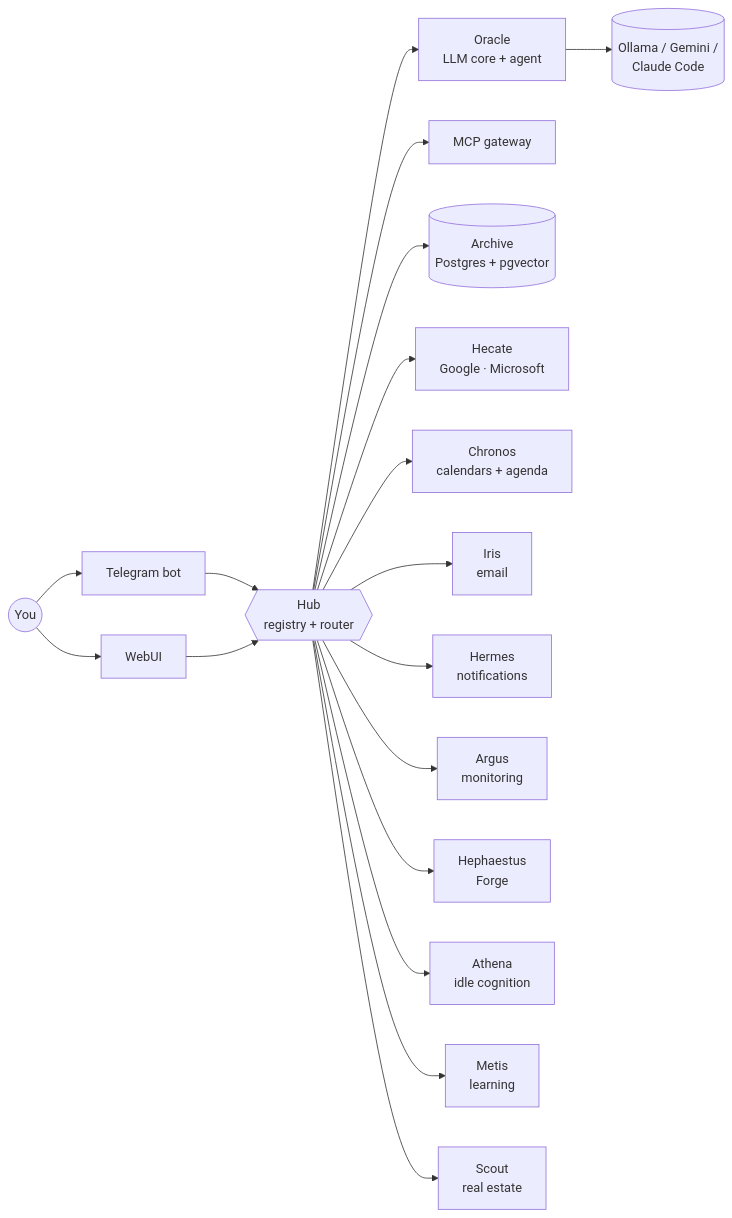
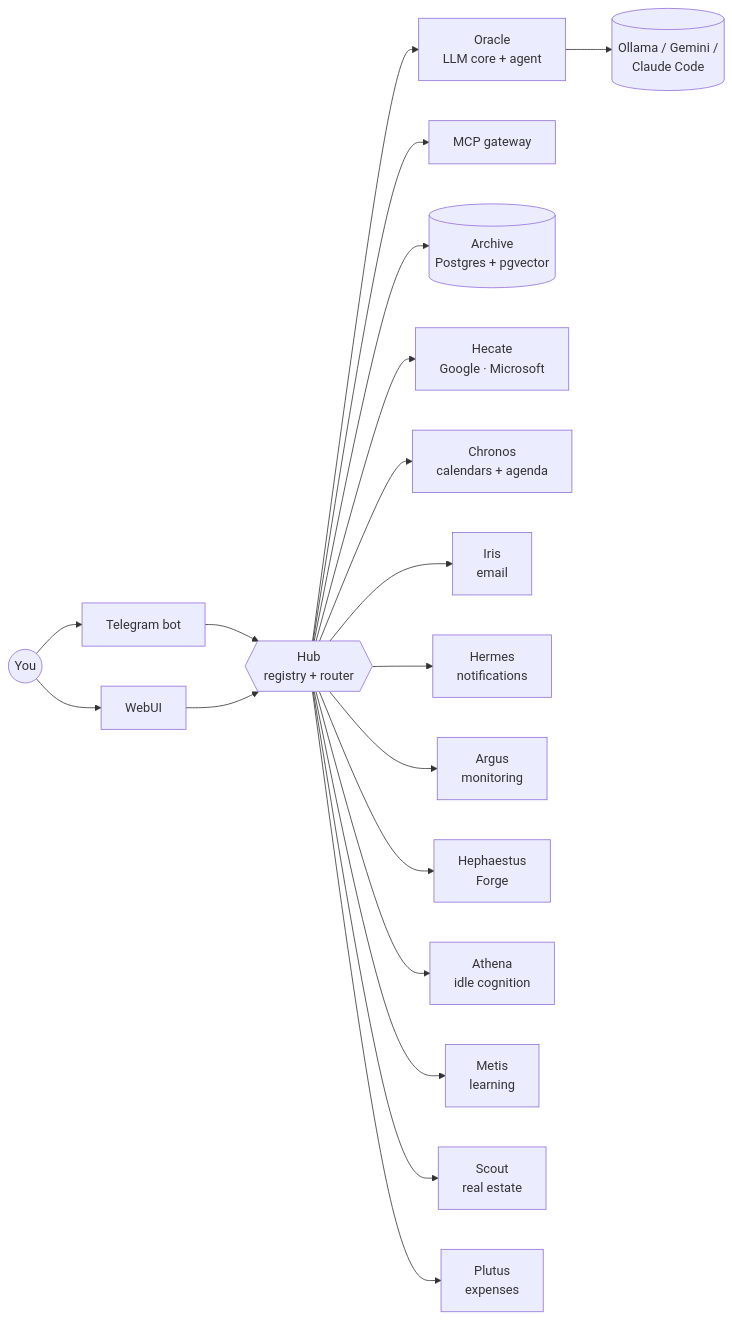
One commit to SaibboRiginal/Hestia changed the first of 2 diagrams in readme.md. Above: the diagram before and after it, drawn with Mermaid. The commit also changed other lines of this file and 15 other files, not shown here.

````diff
--- a/readme.md
+++ b/readme.md
@@ -148,20 +148,21 @@
 ```mermaid
 flowchart LR
     U((You)) --> TG[Telegram bot]
     U --> WEB[WebUI]
     TG --> HUB{{Hub<br/>registry + router}}
     WEB --> HUB
     HUB --> OR[Oracle<br/>LLM core + agent]
     OR --> OL[(Ollama / Gemini /<br/>Claude Code)]
     HUB --> MCP[MCP gateway]
     HUB --> AR[(Archive<br/>Postgres + pgvector)]
     HUB --> HE[Hecate<br/>Google · Microsoft]
     HUB --> CH[Chronos<br/>calendars + agenda]
     HUB --> IR[Iris<br/>email]
     HUB --> HM[Hermes<br/>notifications]
     HUB --> AG[Argus<br/>monitoring]
     HUB --> HP[Hephaestus<br/>Forge]
     HUB --> AT[Athena<br/>idle cognition]
     HUB --> ME[Metis<br/>learning]
     HUB --> SC[Scout<br/>real estate]
+    HUB --> PL[Plutus<br/>expenses]
 ```
````
